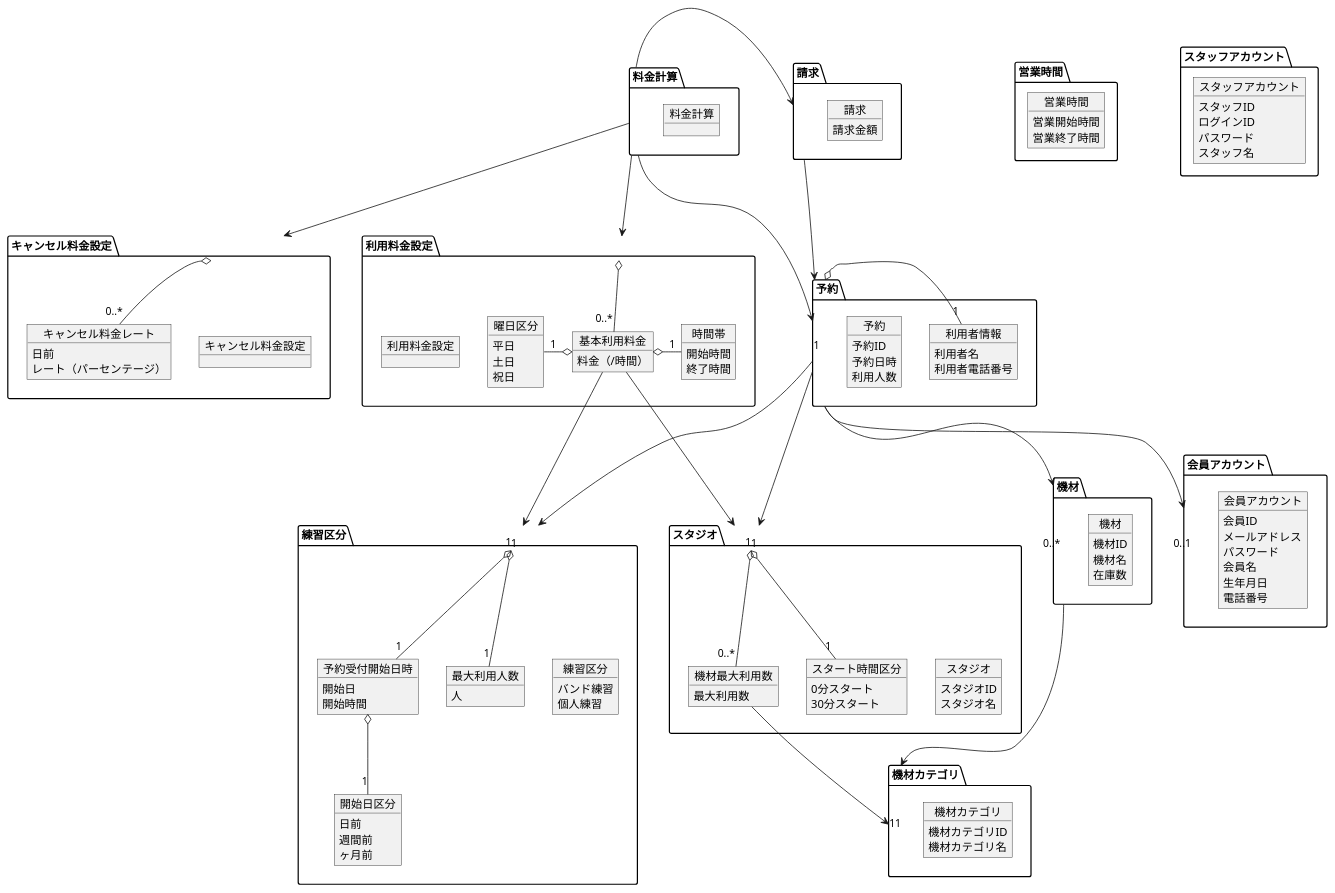
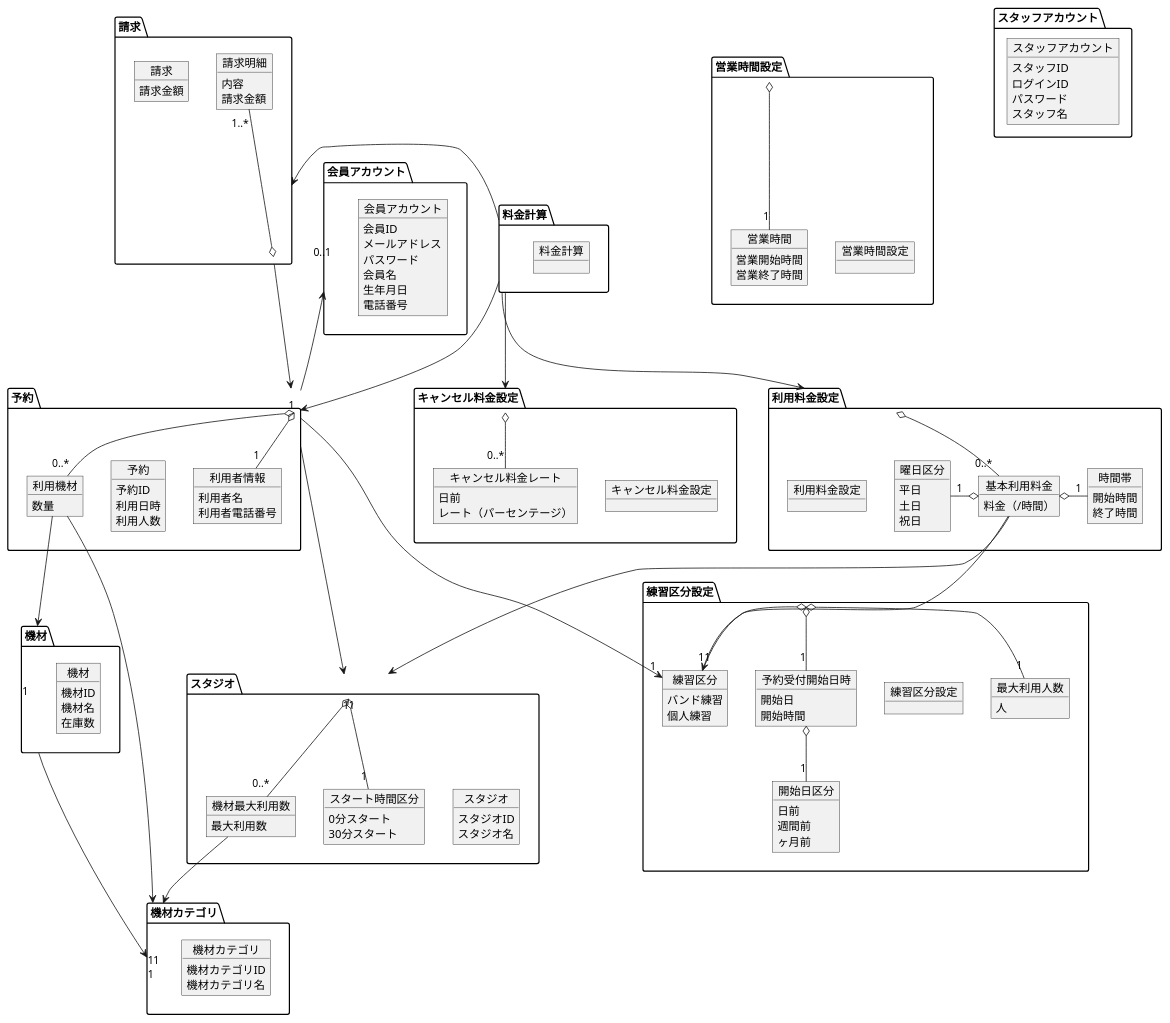
Before and after one commit to TakashiOnawa/ddd-practice-studio-reservation: the diagram in modeling/07_DomainModel.pu, drawn with PlantUML. The commit also changed 65 other files, not shown here.

```diff
--- a/modeling/07_DomainModel.pu
+++ b/modeling/07_DomainModel.pu
@@ -1,168 +1,190 @@
 @startuml DomainModel
 
 package 予約 {
     object 予約 {
         予約ID
-        予約日時
+        利用日時
         利用人数
     }
 
     object 利用者情報 {
         利用者名
         利用者電話番号
     }
+
+    object 利用機材 {
+        数量
+    }
 }
 
-package 練習区分 {
+package 練習区分設定 {
+    object 練習区分設定 {
+    }
+
     object 練習区分 {
         バンド練習
         個人練習
     }
 
     object 最大利用人数 {
         人
     }
 
     object 予約受付開始日時 {
         開始日
         開始時間
     }
 
     object 開始日区分 {
         日前
         週間前
         ヶ月前
     }
 }
 
 package スタジオ {
     object スタジオ {
         スタジオID
         スタジオ名
     }
 
     object スタート時間区分 {
         0分スタート
         30分スタート
     }
 
     object 機材最大利用数 {
         最大利用数
     }
 }
 
 package 機材 {
     object 機材 {
         機材ID
         機材名
         在庫数
     }
 }
 
 package 機材カテゴリ {
     object 機材カテゴリ {
         機材カテゴリID
         機材カテゴリ名
     }
 }
 
 package キャンセル料金設定 {
     object キャンセル料金設定 {
     }
 
     object キャンセル料金レート {
         日前
         レート（パーセンテージ）
     }
 }
 
-package 営業時間 {
+package 営業時間設定 {
+    object 営業時間設定 {
+    }
+
     object 営業時間 {
         営業開始時間
         営業終了時間
     }
 }
 
 package 会員アカウント {
     object 会員アカウント {
         会員ID
         メールアドレス
         パスワード
         会員名
         生年月日
         電話番号
     }
 }
 
 package スタッフアカウント {
     object スタッフアカウント {
         スタッフID
         ログインID
         パスワード
         スタッフ名
     }
 }
 
 package 利用料金設定 {
     object 利用料金設定 {
     }
 
     object 基本利用料金 {
         料金（/時間）
     }
 
     object 曜日区分 {
         平日
         土日
         祝日
     }
 
     object 時間帯 {
         開始時間
         終了時間
     }
 }
 
 package 料金計算 {
     object 料金計算 {
     }
 }
 
 package 請求 {
     object 請求 {
         請求金額
     }
+
+    object 請求明細 {
+        内容
+        請求金額
+    }
 }
 
 予約 ---> "1" スタジオ
-予約 ---> "0..*" 機材
+予約 o-- "0..*" 利用機材
+予約 o- "1" 利用者情報
 予約 ---> "1" 練習区分
-予約 o- "1" 利用者情報
-予約 ---> "0..1" 会員アカウント
+予約 -up--> "0..1" 会員アカウント
+
+利用機材 ---> "1" 機材
+利用機材 --> "1" 機材カテゴリ
 
 スタジオ o-- "1" スタート時間区分
 スタジオ o-- "0..*" 機材最大利用数
 
 機材最大利用数 --> "1" 機材カテゴリ
 
 機材 ---> "1" 機材カテゴリ
 
-練習区分 o-- "1" 最大利用人数
-練習区分 o-- "1" 予約受付開始日時
+練習区分設定 o- "1" 練習区分
+練習区分設定 o-- "1" 最大利用人数
+練習区分設定 o-- "1" 予約受付開始日時
 予約受付開始日時 o-- "1" 開始日区分
+
+営業時間設定 o-- "1" 営業時間
 
 キャンセル料金設定 o-- "0..*" キャンセル料金レート
 
 利用料金設定 o-- "0..*" 基本利用料金
 基本利用料金 ---> "1" 練習区分
 基本利用料金 ---> "1" スタジオ
 基本利用料金 o-left- "1" 曜日区分
 基本利用料金 o-right- "1" 時間帯
 
+請求 o-up- "1..*" 請求明細
 請求 ---> "1" 予約
 料金計算 ---> 予約
 料金計算 ---> 利用料金設定
 料金計算 -left-> 請求
 料金計算 ---> キャンセル料金設定
 
 @enduml
```
